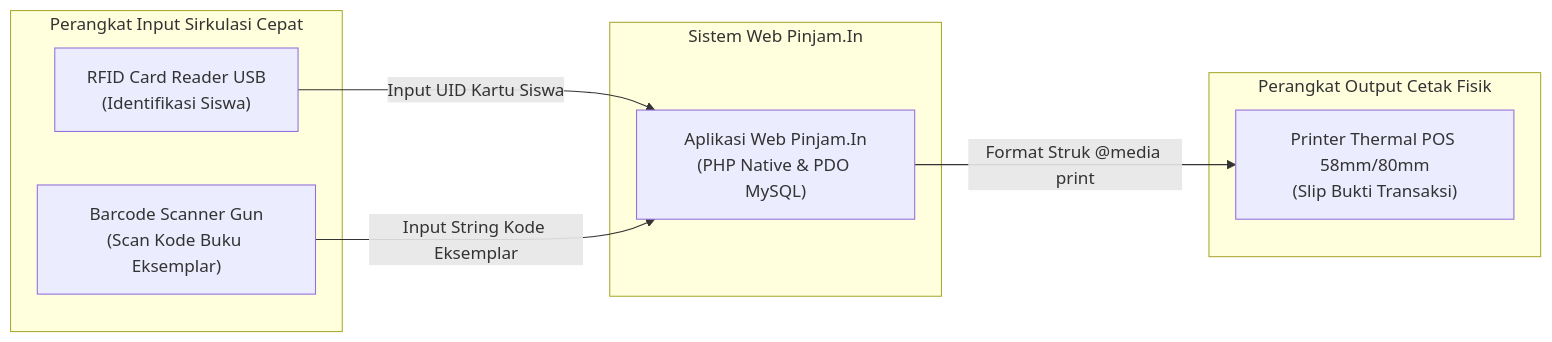
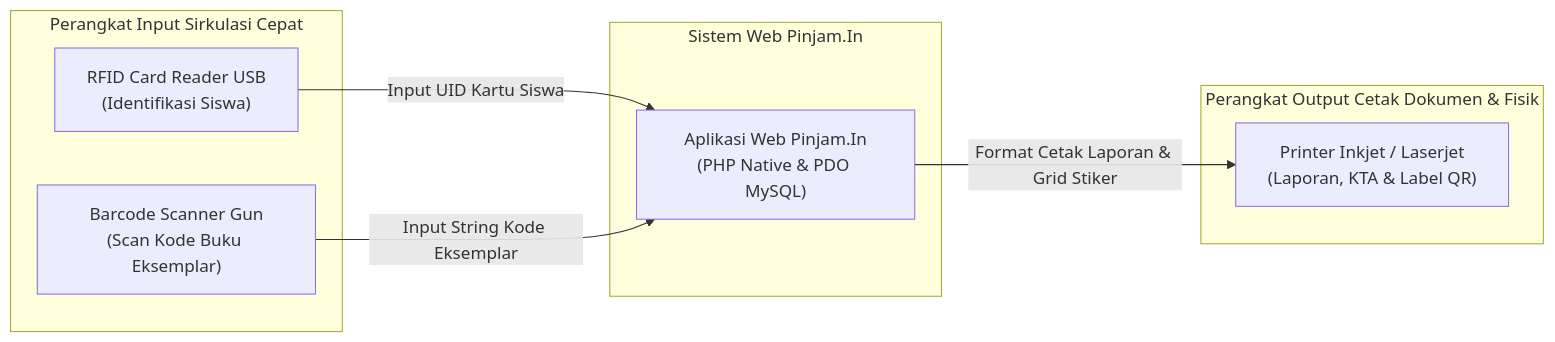
The fifth of 5 diagrams in LAPORAN_UKK_RPL_2026.md (FaridLabs/ukk2026_perpustakaan_farid), drawn with Mermaid before and after one commit. The commit also changed other lines of this file and 4 other files, not shown here.

Commit message:
docs: ganti printer thermal dengan printer standar dokumen/label qr serta perbarui foto fisik alat dan deskripsi

````diff
--- a/LAPORAN_UKK_RPL_2026.md
+++ b/LAPORAN_UKK_RPL_2026.md
@@ -632,19 +632,19 @@
 ```mermaid
 flowchart LR
     subgraph Input_Sirkulasi["Perangkat Input Sirkulasi Cepat"]
         RFID["RFID Card Reader USB<br/>(Identifikasi Siswa)"]
         Barcode["Barcode Scanner Gun<br/>(Scan Kode Buku Eksemplar)"]
     end
 
     subgraph Server_Aplikasi["Sistem Web Pinjam.In"]
         App["Aplikasi Web Pinjam.In<br/>(PHP Native & PDO MySQL)"]
     end
 
-    subgraph Output_Sirkulasi["Perangkat Output Cetak Fisik"]
-        Thermal["Printer Thermal POS 58mm/80mm<br/>(Slip Bukti Transaksi)"]
+    subgraph Output_Cetak["Perangkat Output Cetak Dokumen & Fisik"]
+        Printer["Printer Inkjet / Laserjet<br/>(Laporan, KTA & Label QR)"]
     end
 
     RFID -->|Input UID Kartu Siswa| App
     Barcode -->|Input String Kode Eksemplar| App
-    App -->|Format Struk @media print| Thermal
+    App -->|Format Cetak Laporan & Grid Stiker| Printer
 ```
````
